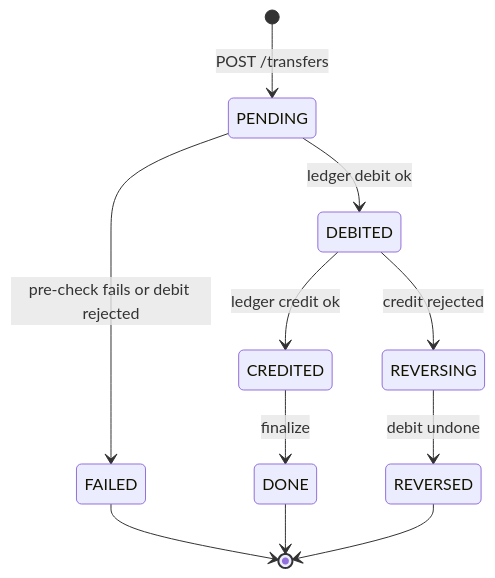
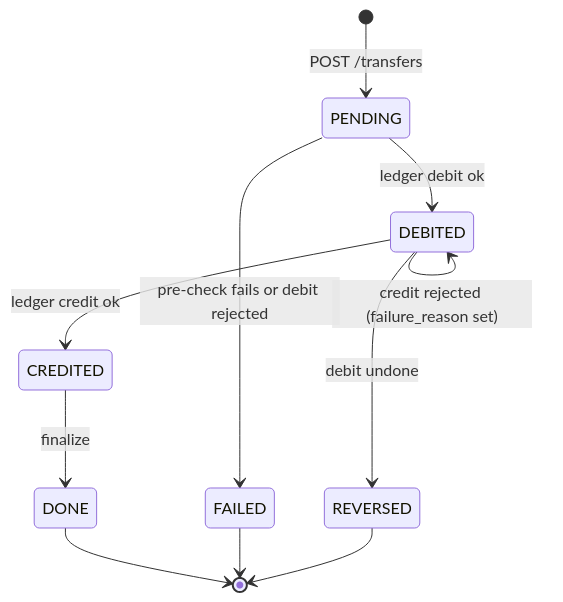
Before and after one commit to GodwinJacobR/mock-bank: the third of 3 diagrams in docs/system-flow.md, drawn with Mermaid. The commit also changed other lines of this file and 4 other files, not shown here.

Commit message:
Remove REVERSING state; use failure_reason for resume-into-undo

````diff
--- a/docs/system-flow.md
+++ b/docs/system-flow.md
@@ -68,13 +68,13 @@
 ```mermaid
 stateDiagram-v2
   [*] --> PENDING: POST /transfers
   PENDING --> FAILED: pre-check fails or debit rejected
   PENDING --> DEBITED: ledger debit ok
   DEBITED --> CREDITED: ledger credit ok
   CREDITED --> DONE: finalize
-  DEBITED --> REVERSING: credit rejected
-  REVERSING --> REVERSED: debit undone
+  DEBITED --> DEBITED: credit rejected (failure_reason set)
+  DEBITED --> REVERSED: debit undone
   DONE --> [*]
   FAILED --> [*]
   REVERSED --> [*]
 ```
````
